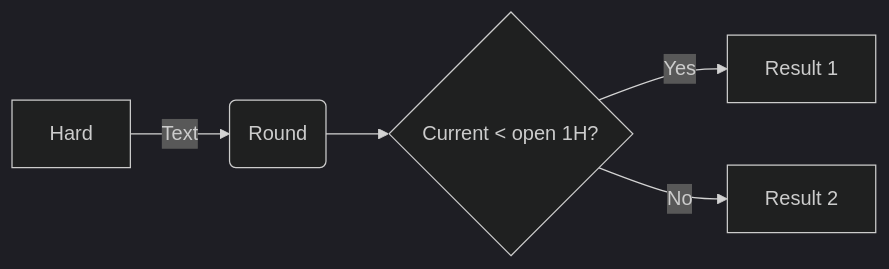
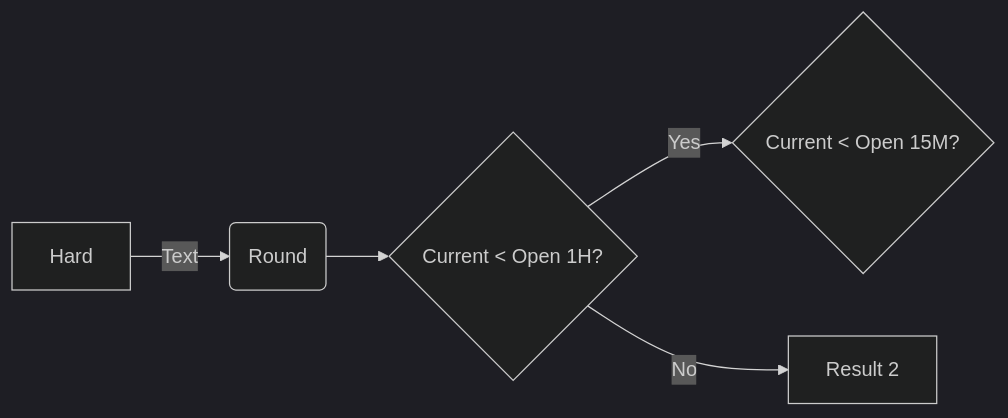
One commit to venoajie/MyApp changed the diagram in strategy_analysis.md. Above: the diagram before and after it, drawn with Mermaid (dark theme).

````diff
--- a/strategy_analysis.md
+++ b/strategy_analysis.md
@@ -13,8 +13,8 @@
 ```mermaid
 flowchart LR
 
 A[Hard] -->|Text| B(Round)
-B --> C{Current < open 1H?}
-C -->|Yes| D[Result 1]
+B --> C{Current < Open 1H?}
+C -->|Yes| D{Current < Open 15M?}
 C -->|No| E[Result 2]
 ```
````
